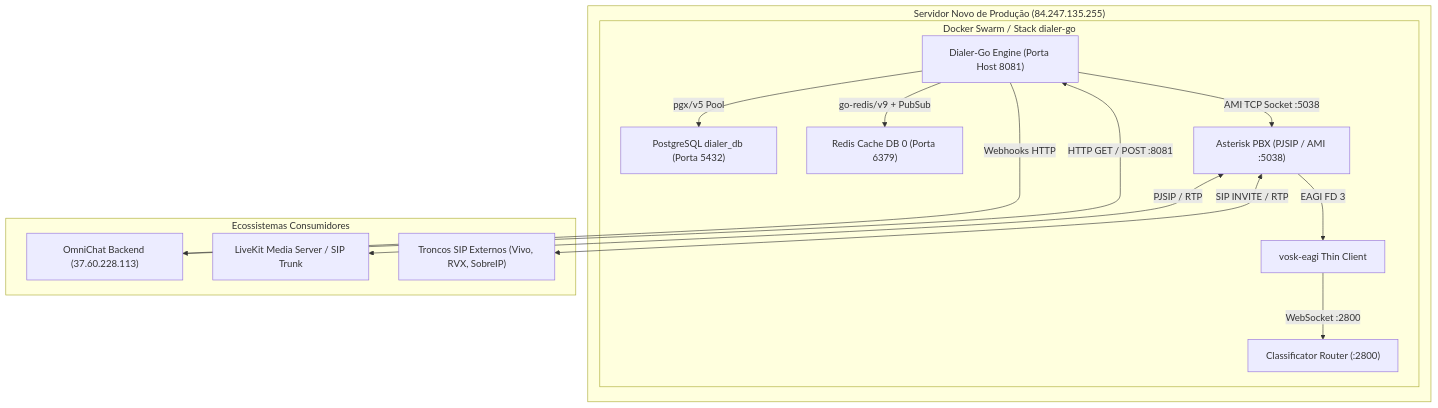
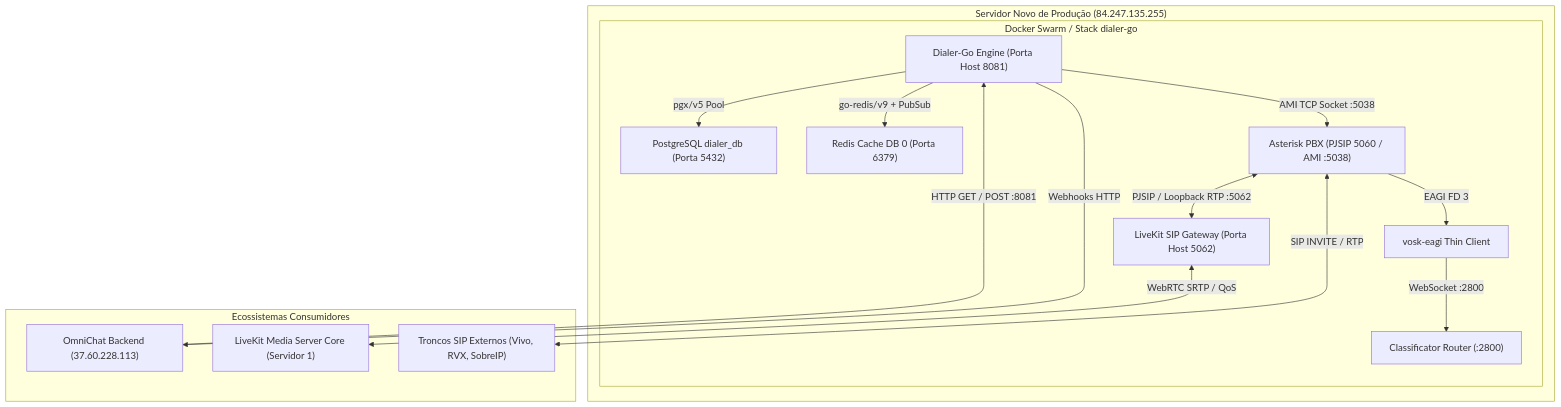
Before and after one commit to marcio-rgb/omni-dialer-go: the first of 2 diagrams in .agents/workflows/deploy-production.md, drawn with Mermaid. The commit also changed other lines of this file and 16 other files, not shown here.

````diff
--- a/.agents/workflows/deploy-production.md
+++ b/.agents/workflows/deploy-production.md
@@ -20,30 +20,32 @@
 ```mermaid
 graph TD
     subgraph HostProd["Servidor Novo de Produção (84.247.135.255)"]
         subgraph Swarm["Docker Swarm / Stack dialer-go"]
             DialerApp["Dialer-Go Engine (Porta Host 8081)"]
             PostgresDB["PostgreSQL dialer_db (Porta 5432)"]
             RedisCache["Redis Cache DB 0 (Porta 6379)"]
-            AsteriskPBX["Asterisk PBX (PJSIP / AMI :5038)"]
+            AsteriskPBX["Asterisk PBX (PJSIP 5060 / AMI :5038)"]
+            LiveKitSIP["LiveKit SIP Gateway (Porta Host 5062)"]
             ClassificatorRouter["Classificator Router (:2800)"]
             VoskEAGI["vosk-eagi Thin Client"]
         end
     end
 
     subgraph ExternalConsumers["Ecossistemas Consumidores"]
         OmniChat["OmniChat Backend (37.60.228.113)"]
-        LiveKitServer["LiveKit Media Server / SIP Trunk"]
+        LiveKitServer["LiveKit Media Server Core (Servidor 1)"]
         TelephonyTrunks["Troncos SIP Externos (Vivo, RVX, SobreIP)"]
     end
 
     DialerApp -->|pgx/v5 Pool| PostgresDB
     DialerApp -->|go-redis/v9 + PubSub| RedisCache
     DialerApp -->|AMI TCP Socket :5038| AsteriskPBX
     AsteriskPBX -->|EAGI FD 3| VoskEAGI
     VoskEAGI -->|WebSocket :2800| ClassificatorRouter
     
     OmniChat -->|HTTP GET / POST :8081| DialerApp
     DialerApp -->|Webhooks HTTP| OmniChat
-    AsteriskPBX <-->|PJSIP / RTP| LiveKitServer
+    AsteriskPBX <-->|PJSIP / Loopback RTP :5062| LiveKitSIP
+    LiveKitSIP <-->|WebRTC SRTP / QoS| LiveKitServer
     AsteriskPBX <-->|SIP INVITE / RTP| TelephonyTrunks
 ```
````
